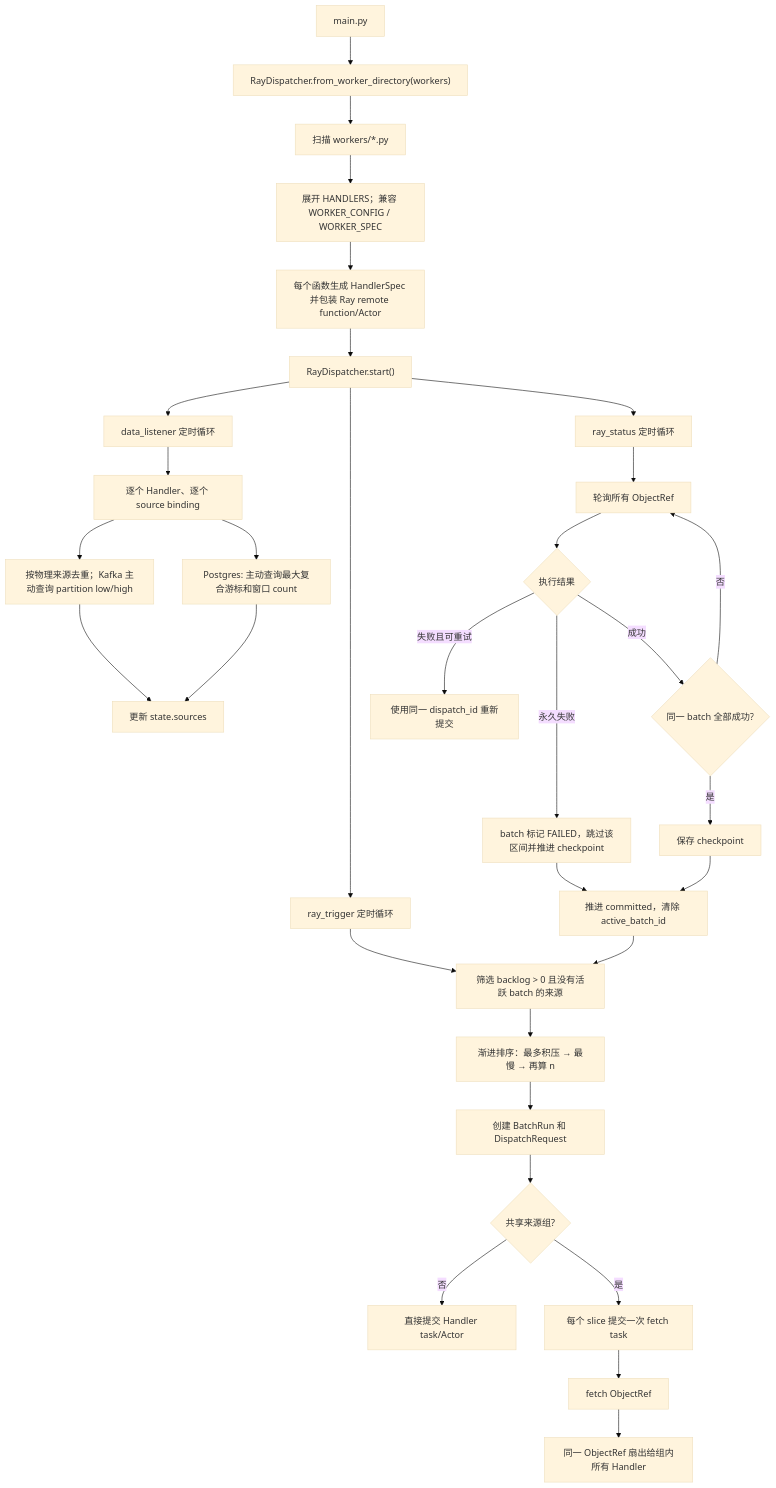
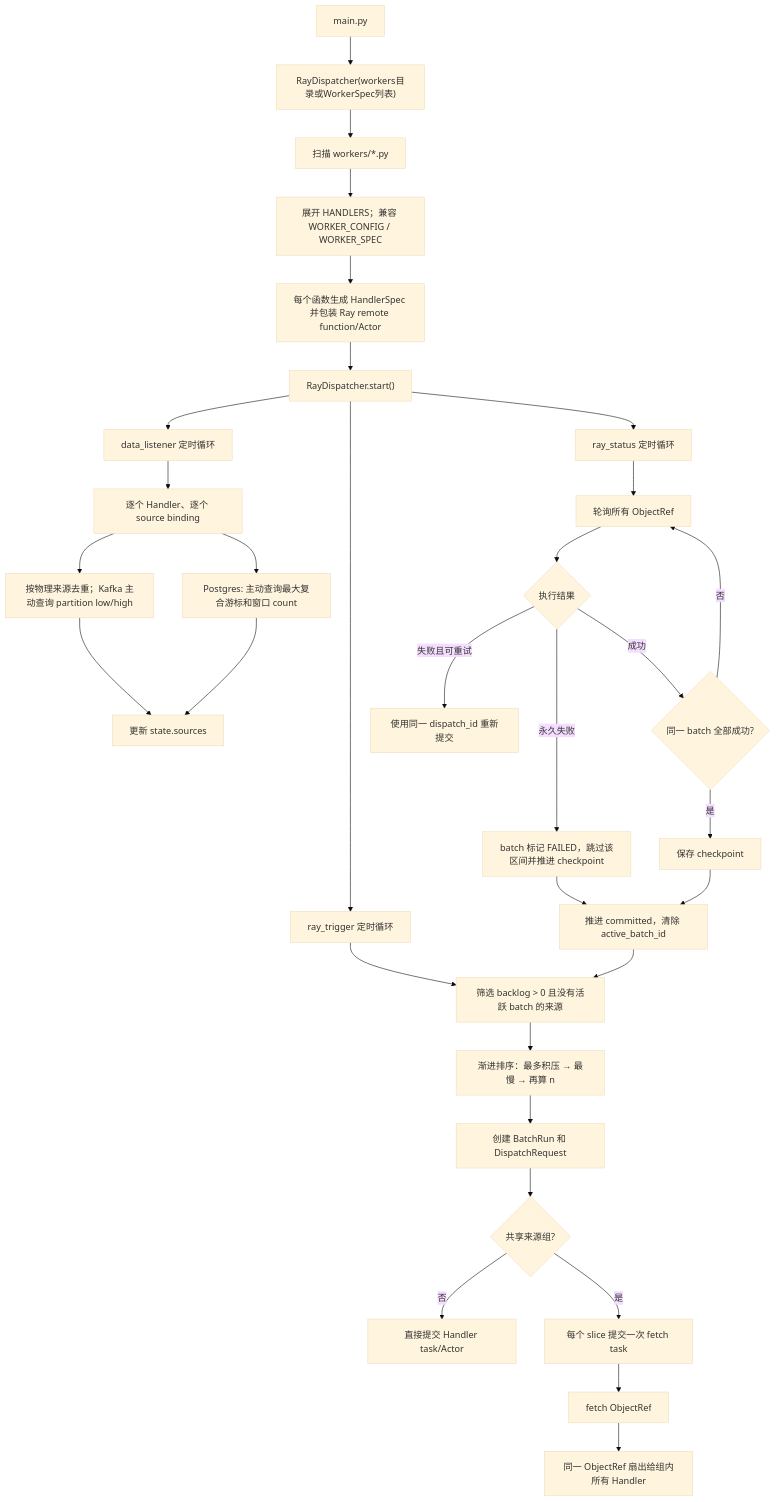
Before and after one commit to fonkalemo-netizen/Dispatcher: the diagram in FLOW.md, drawn with Mermaid (base theme). The commit also changed other lines of this file and 31 other files, not shown here.

````diff
--- a/FLOW.md
+++ b/FLOW.md
@@ -5,38 +5,38 @@
 ```mermaid
 flowchart TD
-    A["main.py"] --> B["RayDispatcher.from_worker_directory(workers)"]
+    A["main.py"] --> B["RayDispatcher(workers目录或WorkerSpec列表)"]
     B --> C["扫描 workers/*.py"]
     C --> D["展开 HANDLERS；兼容 WORKER_CONFIG / WORKER_SPEC"]
     D --> E["每个函数生成 HandlerSpec 并包装 Ray remote function/Actor"]
     E --> F["RayDispatcher.start()"]
 
     F --> L["data_listener 定时循环"]
     F --> T["ray_trigger 定时循环"]
     F --> S["ray_status 定时循环"]
 
     L --> L1["逐个 Handler、逐个 source binding"]
     L1 --> K["按物理来源去重；Kafka 主动查询 partition low/high"]
     L1 --> P["Postgres: 主动查询最大复合游标和窗口 count"]
     K --> SS["更新 state.sources"]
     P --> SS
 
     T --> T1["筛选 backlog > 0 且没有活跃 batch 的来源"]
     T1 --> T2["渐进排序：最多积压 → 最慢 → 再算 n"]
     T2 --> T3["创建 BatchRun 和 DispatchRequest"]
     T3 --> T4{"共享来源组?"}
     T4 -->|否| RS["直接提交 Handler task/Actor"]
     T4 -->|是| FT["每个 slice 提交一次 fetch task"]
     FT --> FO["fetch ObjectRef"]
     FO --> FAN["同一 ObjectRef 扇出给组内所有 Handler"]
 
     S --> S1["轮询所有 ObjectRef"]
     S1 --> S2{"执行结果"}
     S2 -->|失败且可重试| S3["使用同一 dispatch_id 重新提交"]
     S2 -->|永久失败| S4["batch 标记 FAILED，跳过该区间并推进 checkpoint"]
     S2 -->|成功| S5{"同一 batch 全部成功?"}
     S5 -->|否| S1
     S5 -->|是| S6["保存 checkpoint"]
     S6 --> S7["推进 committed，清除 active_batch_id"]
     S4 --> S7
     S7 --> T1
 ```
````
